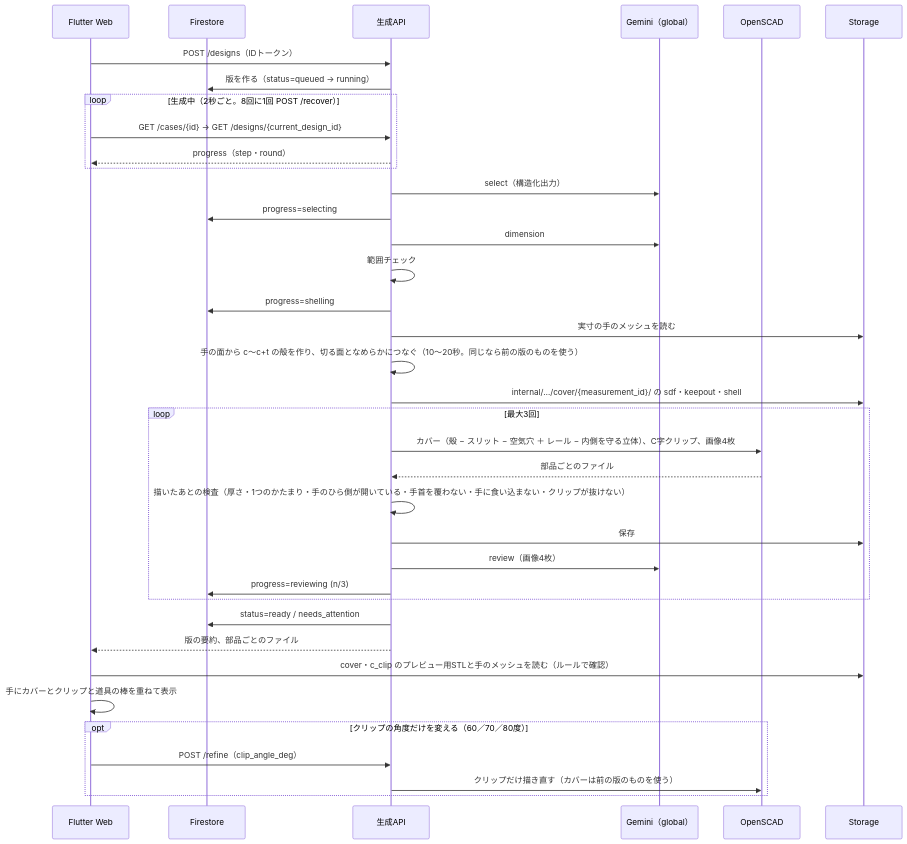
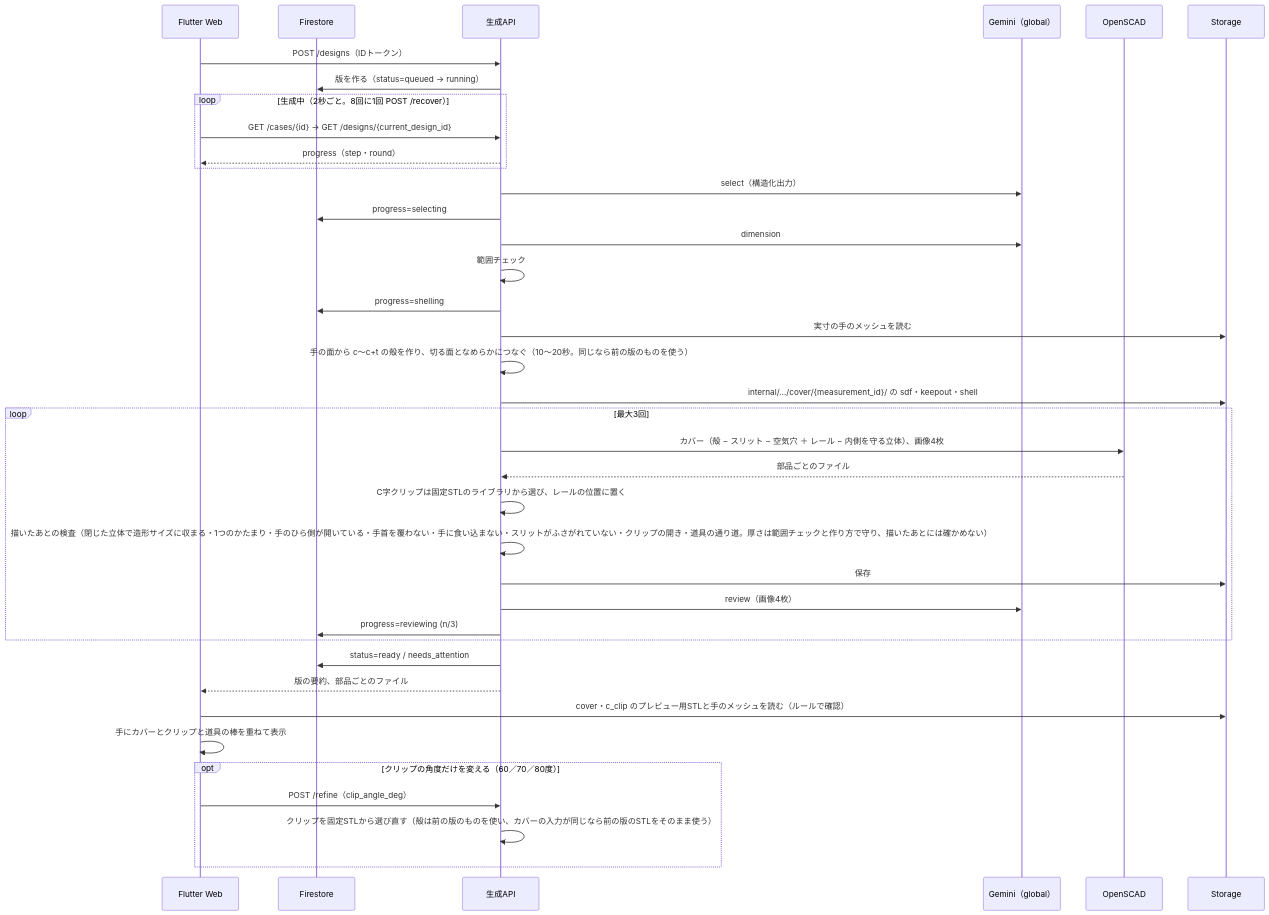
One commit to Devfest-Hackathon-2026/df-2026-t101 changed the third of 4 diagrams in docs/architecture.md. Above: the diagram before and after it, drawn with Mermaid. The commit also changed other lines of this file and 31 other files, not shown here.

````diff
--- a/docs/architecture.md
+++ b/docs/architecture.md
@@ -137,39 +137,40 @@
 ```mermaid
 sequenceDiagram
   participant App as Flutter Web
   participant FS as Firestore
   participant API as 生成API
   participant G as Gemini（global）
   participant SC as OpenSCAD
   participant ST as Storage
   App->>API: POST /designs（IDトークン）
   API->>FS: 版を作る（status=queued → running）
   loop 生成中（2秒ごと。8回に1回 POST /recover）
     App->>API: GET /cases/{id} → GET /designs/{current_design_id}
     API-->>App: progress（step・round）
   end
   API->>G: select（構造化出力）
   API->>FS: progress=selecting
   API->>G: dimension
   API->>API: 範囲チェック
   API->>FS: progress=shelling
   API->>ST: 実寸の手のメッシュを読む
   API->>API: 手の面から c〜c+t の殻を作り、切る面となめらかにつなぐ（10〜20秒。同じなら前の版のものを使う）
   API->>ST: internal/…/cover/{measurement_id}/ の sdf・keepout・shell
   loop 最大3回
-    API->>SC: カバー（殻 − スリット − 空気穴 ＋ レール − 内側を守る立体）、C字クリップ、画像4枚
+    API->>SC: カバー（殻 − スリット − 空気穴 ＋ レール − 内側を守る立体）、画像4枚
     SC-->>API: 部品ごとのファイル
-    API->>API: 描いたあとの検査（厚さ・1つのかたまり・手のひら側が開いている・手首を覆わない・手に食い込まない・クリップが抜けない）
+    API->>API: C字クリップは固定STLのライブラリから選び、レールの位置に置く
+    API->>API: 描いたあとの検査（閉じた立体で造形サイズに収まる・1つのかたまり・手のひら側が開いている・手首を覆わない・手に食い込まない・スリットがふさがれていない・クリップの開き・道具の通り道。厚さは範囲チェックと作り方で守り、描いたあとには確かめない）
     API->>ST: 保存
     API->>G: review（画像4枚）
     API->>FS: progress=reviewing (n/3)
   end
   API->>FS: status=ready / needs_attention
   API-->>App: 版の要約、部品ごとのファイル
   App->>ST: cover・c_clip のプレビュー用STLと手のメッシュを読む（ルールで確認）
   App->>App: 手にカバーとクリップと道具の棒を重ねて表示
   opt クリップの角度だけを変える（60／70／80度）
     App->>API: POST /refine（clip_angle_deg）
-    API->>SC: クリップだけ描き直す（カバーは前の版のものを使う）
+    API->>API: クリップを固定STLから選び直す（殻は前の版のものを使い、カバーの入力が同じなら前の版のSTLをそのまま使う）
   end
 ```
````
